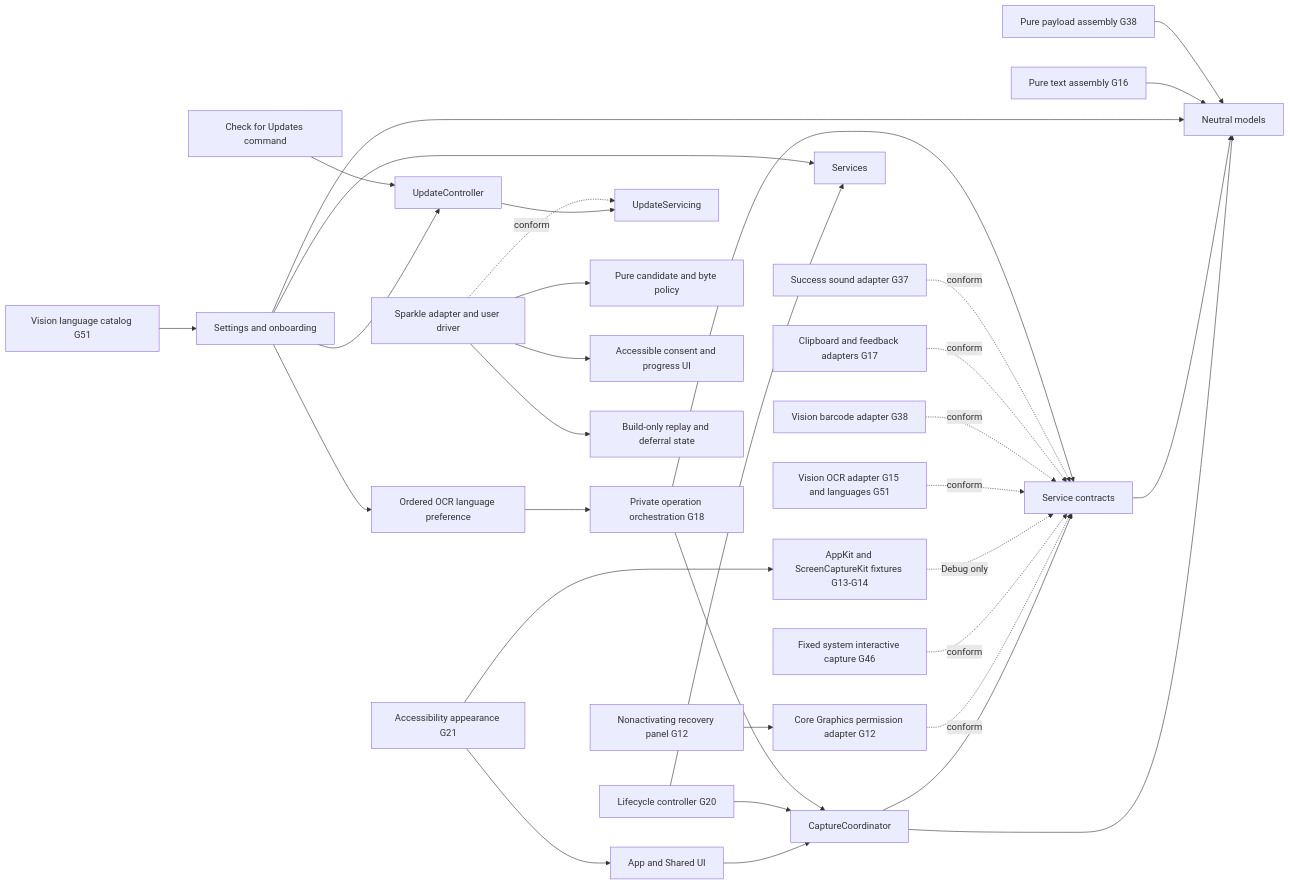
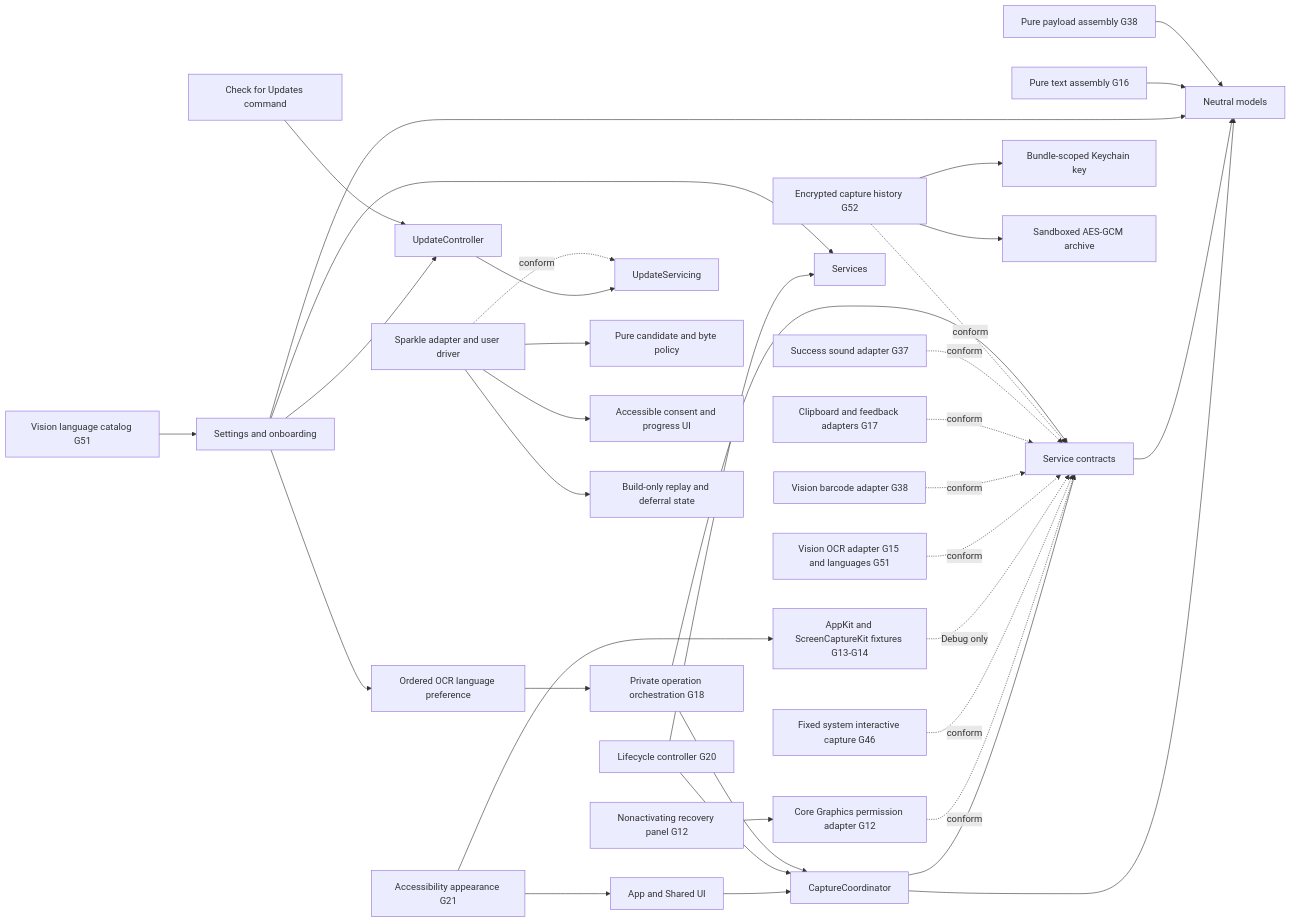
One commit to bennetthilberg/copylasso changed the first of 2 diagrams in docs/architecture/overview.md. Above: the diagram before and after it, drawn with Mermaid. The commit also changed other lines of this file and 42 other files, not shown here.

Commit message:
add private capture history

````diff
--- a/docs/architecture/overview.md
+++ b/docs/architecture/overview.md
@@ -7,35 +7,38 @@
 ```mermaid
 flowchart LR
   App["App and Shared UI"] --> Coordinator["CaptureCoordinator"]
   Appearance["Accessibility appearance G21"] --> App
   Appearance --> DebugCapture
   Lifecycle["Lifecycle controller G20"] --> Coordinator
   Lifecycle --> Services
   Coordinator --> Contracts["Service contracts"]
   Coordinator --> Models["Neutral models"]
   Contracts --> Models
   Settings["Settings and onboarding"] --> Services
   Settings --> Models
   Settings --> Updates["UpdateController"]
   UpdateMenu["Check for Updates command"] --> Updates
   Updates --> UpdateBoundary["UpdateServicing"]
   Sparkle["Sparkle adapter and user driver"] -. conform .-> UpdateBoundary
   Sparkle --> UpdatePolicy["Pure candidate and byte policy"]
   Sparkle --> UpdateUI["Accessible consent and progress UI"]
   Sparkle --> UpdateState["Build-only replay and deferral state"]
   Permission["Core Graphics permission adapter G12"] -. conform .-> Contracts
   Recovery["Nonactivating recovery panel G12"] --> Permission
   InteractiveCapture["Fixed system interactive capture G46"] -. conform .-> Contracts
   DebugCapture["AppKit and ScreenCaptureKit fixtures G13-G14"] -. Debug only .-> Contracts
   OCR["Vision OCR adapter G15 and languages G51"] -. conform .-> Contracts
   LanguageCatalog["Vision language catalog G51"] --> Settings
   Settings --> LanguagePreference["Ordered OCR language preference"]
   LanguagePreference --> Workflow
   Format["Pure text assembly G16"] --> Models
   Barcode["Vision barcode adapter G38"] -. conform .-> Contracts
   CodeFormat["Pure payload assembly G38"] --> Models
   Output["Clipboard and feedback adapters G17"] -. conform .-> Contracts
   Sound["Success sound adapter G37"] -. conform .-> Contracts
+  History["Encrypted capture history G52"] -. conform .-> Contracts
+  History --> HistoryKey["Bundle-scoped Keychain key"]
+  History --> HistoryArchive["Sandboxed AES-GCM archive"]
   Workflow["Private operation orchestration G18"] --> Contracts
   Workflow --> Coordinator
 ```
````
